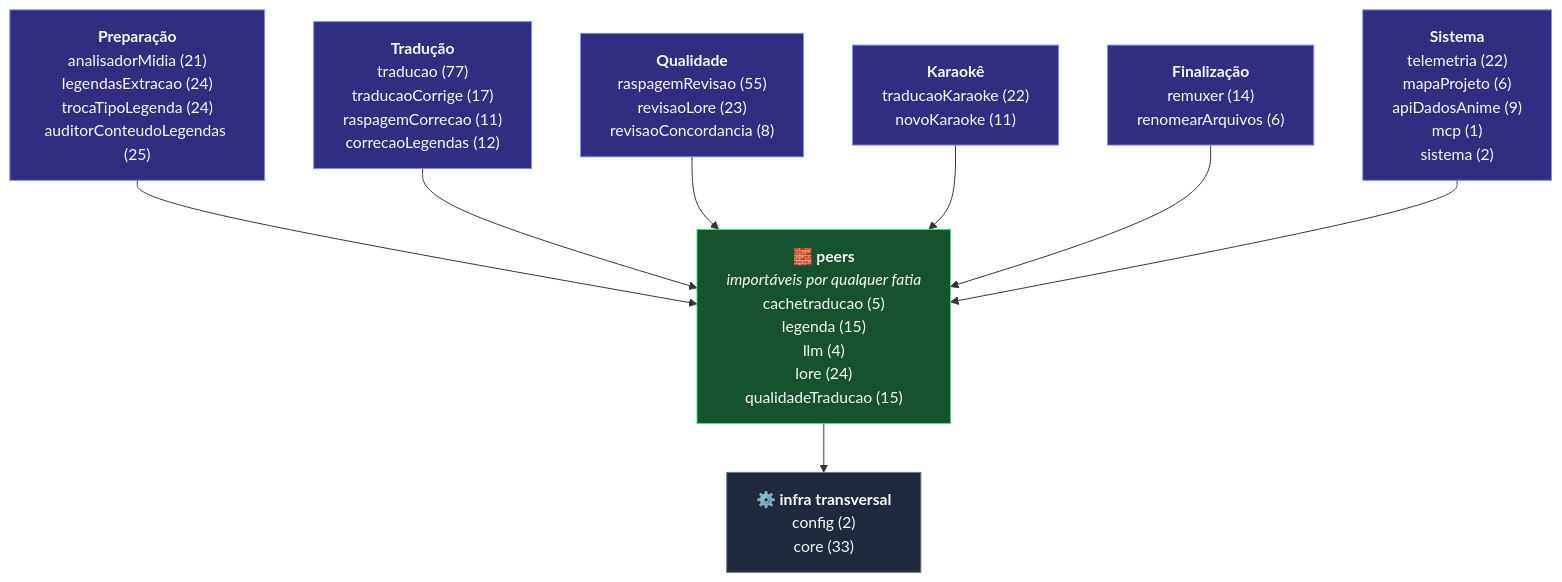
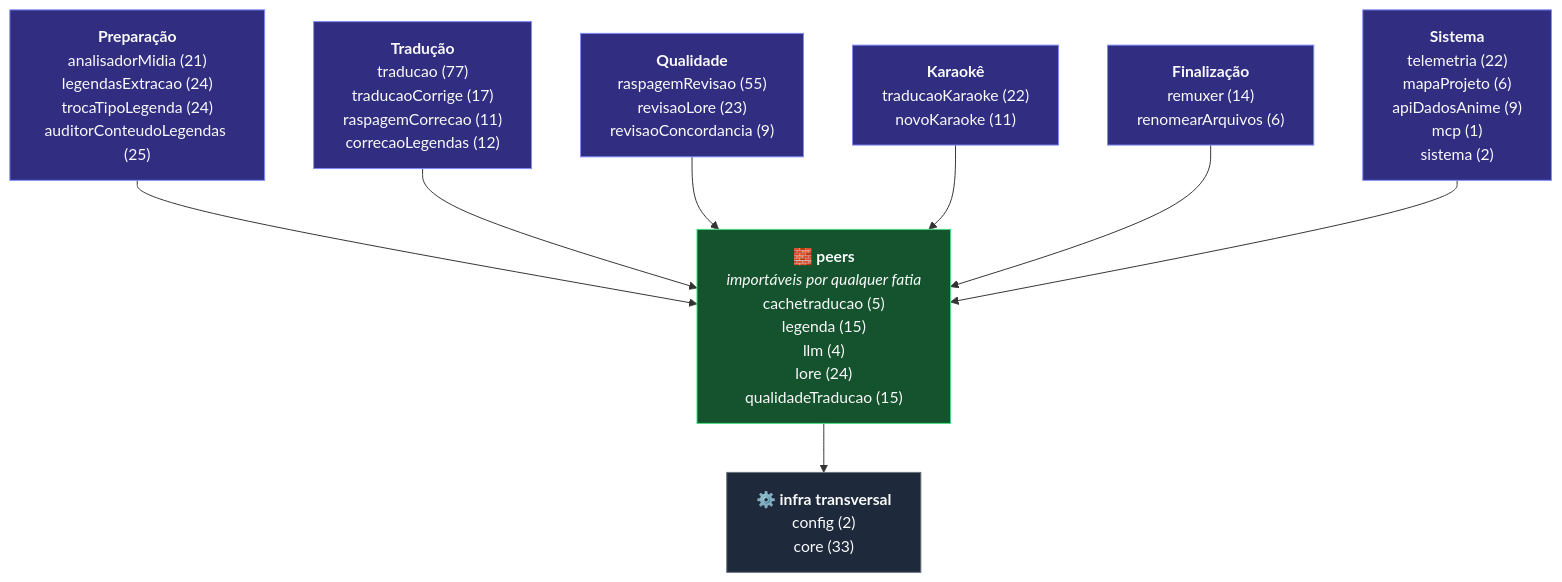
Before and after one commit to carmipa/traducao_animes_llm_local_quarkus-1: the diagram in docs/ref-esqueleto-projeto.md, drawn with Mermaid. The commit also changed other lines of this file and 12 other files, not shown here.

````diff
--- a/docs/ref-esqueleto-projeto.md
+++ b/docs/ref-esqueleto-projeto.md
@@ -36,21 +36,21 @@
 ```mermaid
 graph TB
     G0["<b>Preparação</b><br/>analisadorMidia (21)<br/>legendasExtracao (24)<br/>trocaTipoLegenda (24)<br/>auditorConteudoLegendas (25)"]:::fatia
     G1["<b>Tradução</b><br/>traducao (77)<br/>traducaoCorrige (17)<br/>raspagemCorrecao (11)<br/>correcaoLegendas (12)"]:::fatia
-    G2["<b>Qualidade</b><br/>raspagemRevisao (55)<br/>revisaoLore (23)<br/>revisaoConcordancia (8)"]:::fatia
+    G2["<b>Qualidade</b><br/>raspagemRevisao (55)<br/>revisaoLore (23)<br/>revisaoConcordancia (9)"]:::fatia
     G3["<b>Karaokê</b><br/>traducaoKaraoke (22)<br/>novoKaraoke (11)"]:::fatia
     G4["<b>Finalização</b><br/>remuxer (14)<br/>renomearArquivos (6)"]:::fatia
     G5["<b>Sistema</b><br/>telemetria (22)<br/>mapaProjeto (6)<br/>apiDadosAnime (9)<br/>mcp (1)<br/>sistema (2)"]:::fatia
     PEERS["<b>🧱 peers</b><br/><i>importáveis por qualquer fatia</i><br/>cachetraducao (5)<br/>legenda (15)<br/>llm (4)<br/>lore (24)<br/>qualidadeTraducao (15)"]:::peer
     BASE["<b>⚙️ infra transversal</b><br/>config (2)<br/>core (33)"]:::base
     G0 --> PEERS
     G1 --> PEERS
     G2 --> PEERS
     G3 --> PEERS
     G4 --> PEERS
     G5 --> PEERS
     PEERS --> BASE
     classDef fatia fill:#312e81,stroke:#818CF8,color:#F9FAFB
     classDef peer fill:#14532d,stroke:#4ADE80,color:#F9FAFB
     classDef base fill:#1e293b,stroke:#6B7280,color:#F9FAFB
 ```
````
